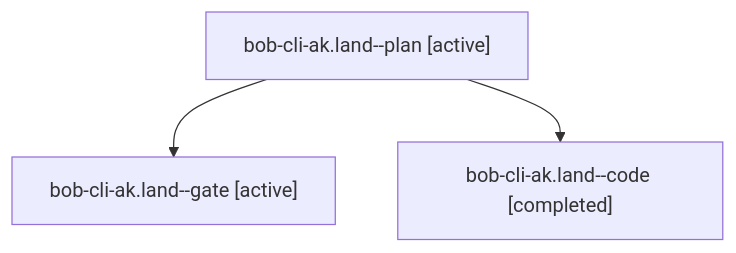
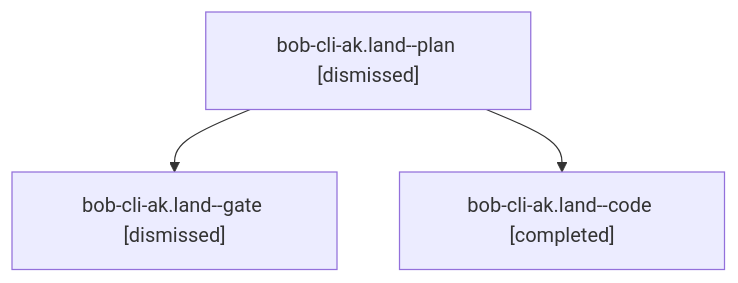
One commit to bobs-org/bob-cli--agents changed the diagram in sessions/bbugyi200.apollo.bob-cli-ak.land.md. Above: the diagram before and after it, drawn with Mermaid. The commit also changed other lines of this file and 225 other files, not shown here.

````diff
--- a/sessions/bbugyi200.apollo.bob-cli-ak.land.md
+++ b/sessions/bbugyi200.apollo.bob-cli-ak.land.md
@@ -9,8 +9,8 @@
 ```mermaid
 flowchart TD
-  n0["bob-cli-ak.land--plan [active]"]
-  n1["bob-cli-ak.land--gate [active]"]
+  n0["bob-cli-ak.land--plan [dismissed]"]
+  n1["bob-cli-ak.land--gate [dismissed]"]
   n0 --> n1
   n2["bob-cli-ak.land--code [completed]"]
   n0 --> n2
 ```
````
